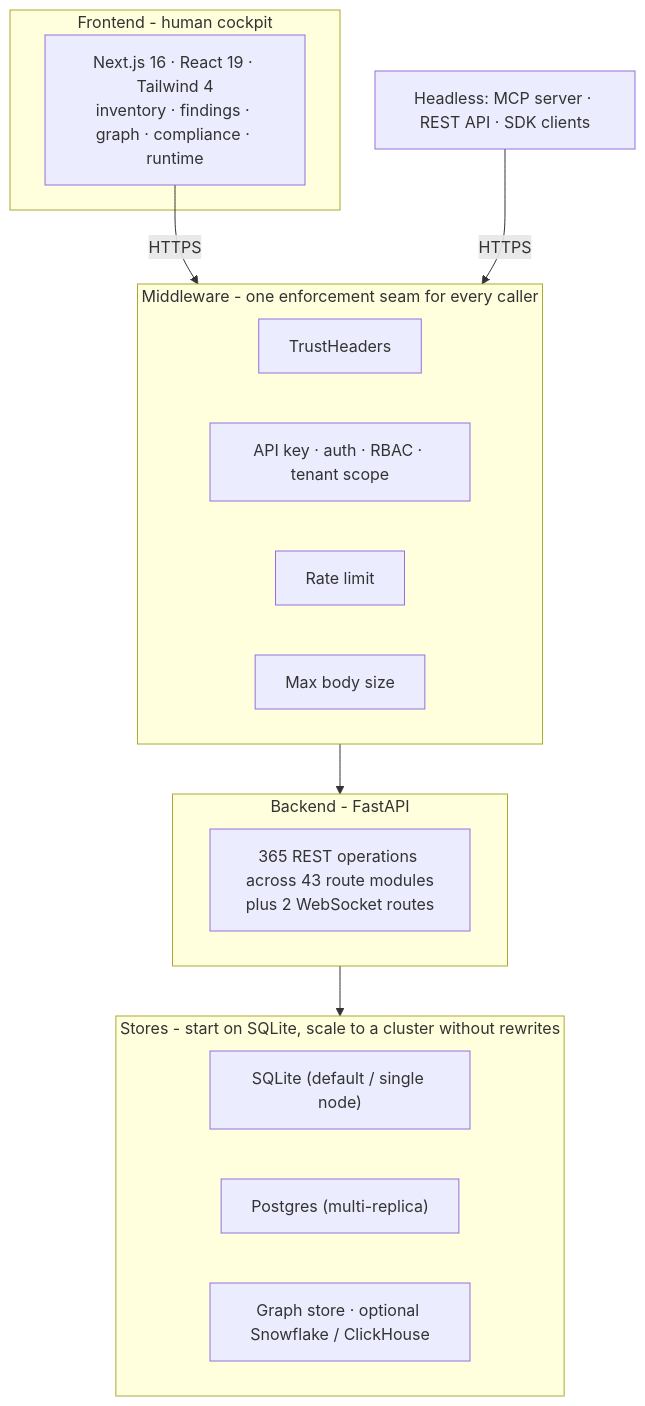
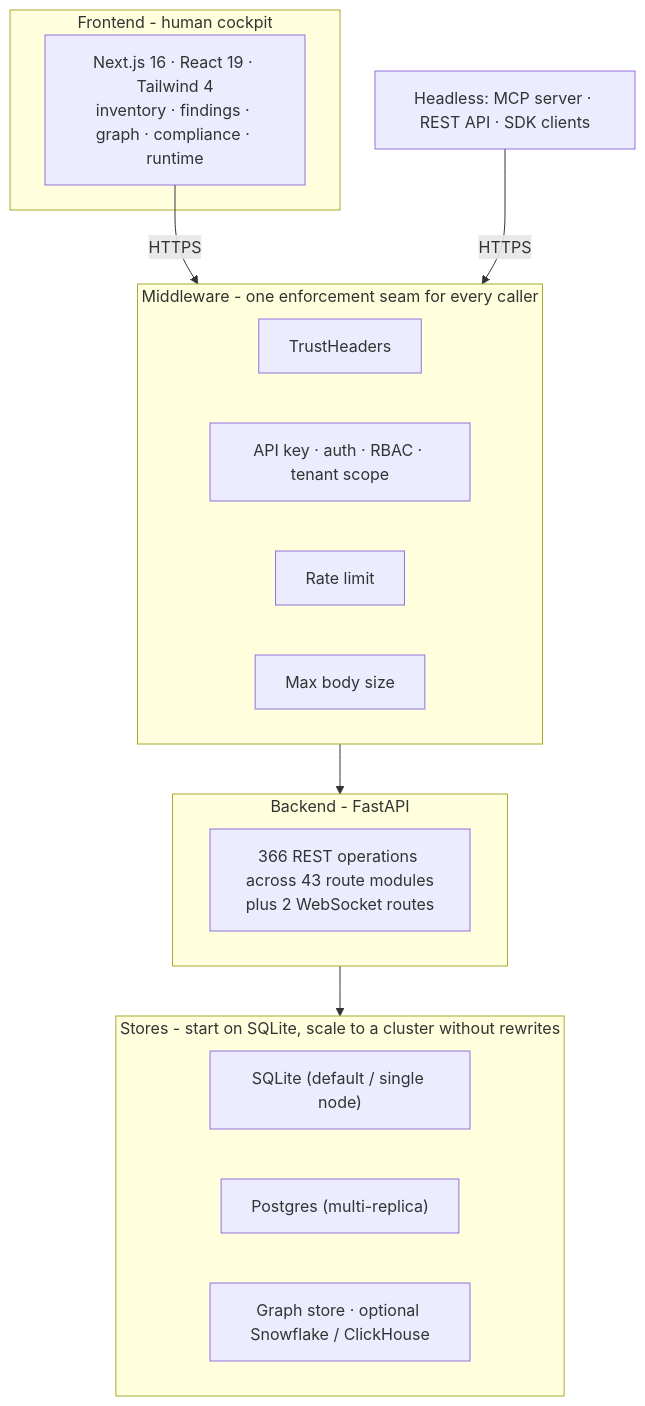
One commit to msaad00/agent-bom changed the fourth of 9 diagrams in docs/ARCHITECTURE.md. Above: the diagram before and after it, drawn with Mermaid. The commit also changed 9 other files, not shown here.

````diff
--- a/docs/ARCHITECTURE.md
+++ b/docs/ARCHITECTURE.md
@@ -146,27 +146,27 @@
 ```mermaid
 flowchart TB
     subgraph FE["Frontend - human cockpit"]
         UI["Next.js 16 · React 19 · Tailwind 4\ninventory · findings · graph · compliance · runtime"]
     end
     subgraph MW["Middleware - one enforcement seam for every caller"]
         M1["TrustHeaders"]
         M2["API key · auth · RBAC · tenant scope"]
         M3["Rate limit"]
         M4["Max body size"]
     end
     subgraph BE["Backend - FastAPI"]
-        R["365 REST operations across 43 route modules
+        R["366 REST operations across 43 route modules
 plus 2 WebSocket routes"]
     end
     subgraph ST["Stores - start on SQLite, scale to a cluster without rewrites"]
         S1["SQLite (default / single node)"]
         S2["Postgres (multi-replica)"]
         S3["Graph store · optional Snowflake / ClickHouse"]
     end
 
     EXTAGENT["Headless: MCP server · REST API · SDK clients"]
 
     UI -->|HTTPS| MW
     EXTAGENT -->|HTTPS| MW
     MW --> BE --> ST
 ```
````
